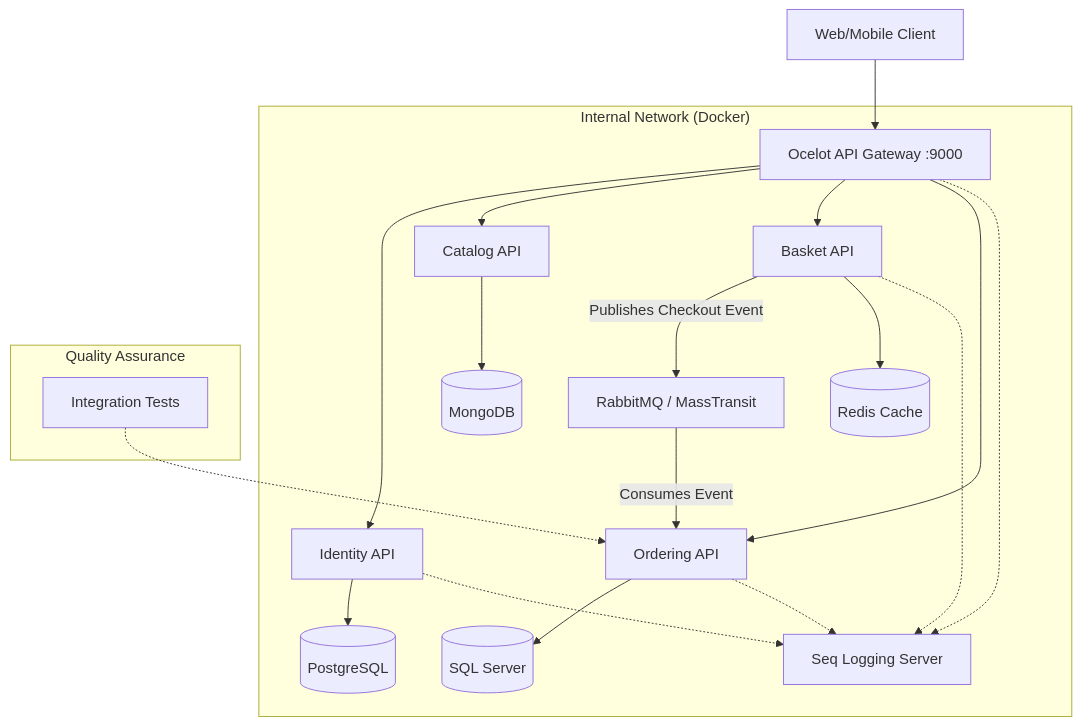
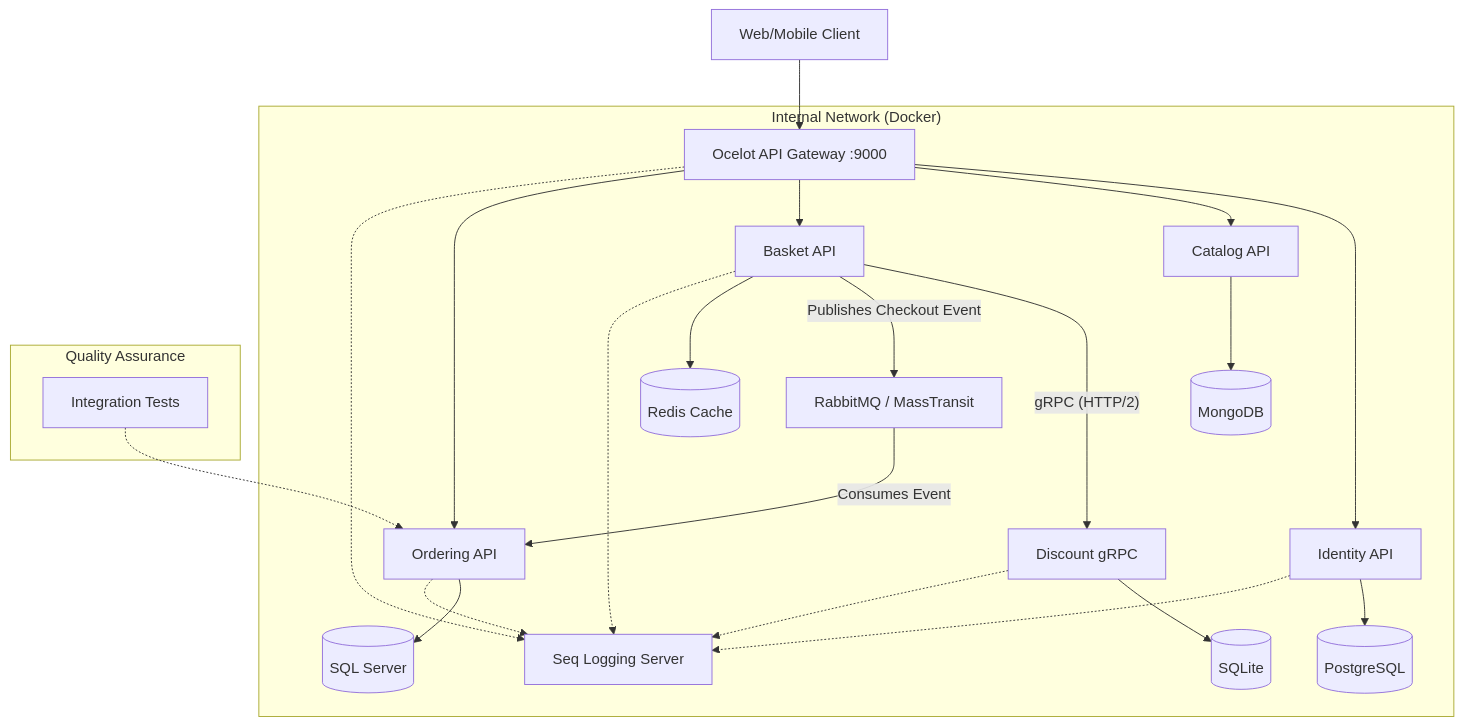
The diagram in README.md (amirhosein2015/CoreSupply), drawn with Mermaid before and after one commit. The commit also changed other lines of this file, not shown here.

First line of the commit message:
docs: update README with gRPC and new roadmap

````diff
--- a/README.md
+++ b/README.md
@@ -25,28 +25,36 @@
 ```mermaid
 graph TD
     Client[Web/Mobile Client] --> Gateway[Ocelot API Gateway :9000]
     
     subgraph "Internal Network (Docker)"
         Gateway --> Identity[Identity API]
         Gateway --> Catalog[Catalog API]
         Gateway --> Basket[Basket API]
         Gateway --> Ordering[Ordering API]
         
+        %% Synchronous Communication
+        Basket -- gRPC (HTTP/2) --> Discount[Discount gRPC]
+        Discount --> SQLite[(SQLite)]
+
+        %% Asynchronous Communication
         Basket -- Publishes Checkout Event --> EventBus[RabbitMQ / MassTransit]
         EventBus -- Consumes Event --> Ordering
         
+        %% Data Stores
         Identity --> AuthDB[(PostgreSQL)]
         Catalog --> CatDB[(MongoDB)]
         Basket --> Redis[(Redis Cache)]
         Ordering --> OrderDB[(SQL Server)]
         
+        %% Observability
         Ordering -.-> Seq[Seq Logging Server]
         Basket -.-> Seq
         Identity -.-> Seq
         Gateway -.-> Seq
+        Discount -.-> Seq
     end
     
     subgraph "Quality Assurance"
         Tests[Integration Tests] -.-> Ordering
     end
 ```
````
